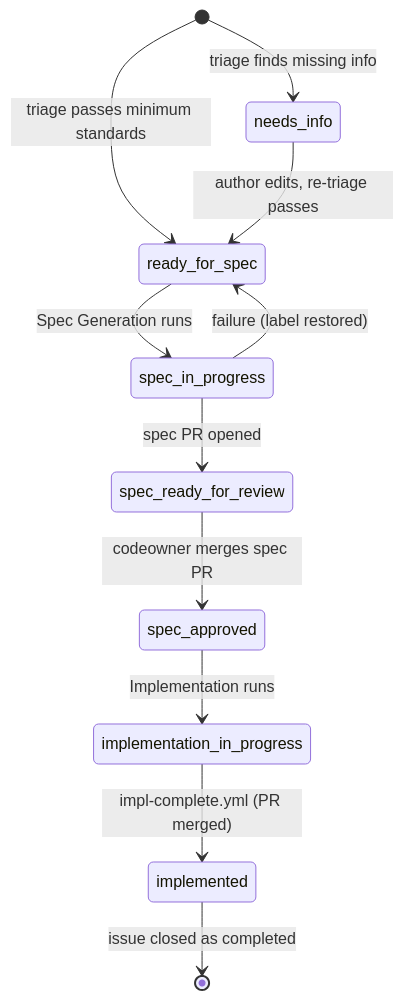
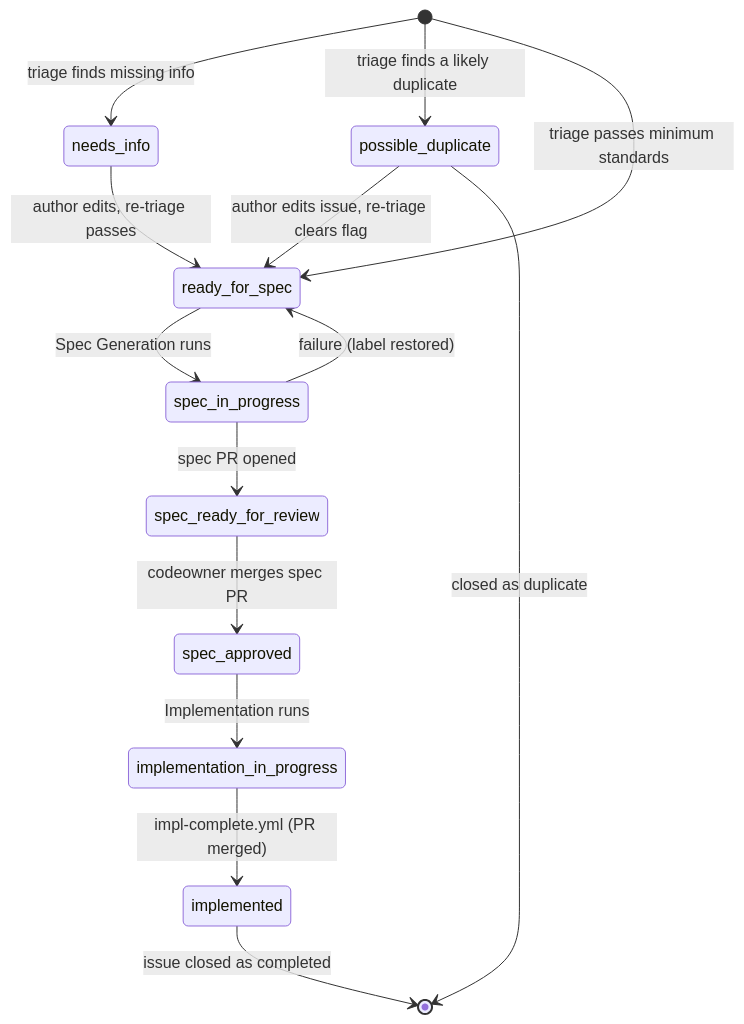
The diagram in AGENTS.md (zachreborn/terraform-modules), drawn with Mermaid before and after one commit. The commit also changed other lines of this file and 2 other files, not shown here.

````diff
--- a/AGENTS.md
+++ b/AGENTS.md
@@ -354,13 +354,16 @@
 ```mermaid
 stateDiagram-v2
     [*] --> needs_info: triage finds missing info
+    [*] --> possible_duplicate: triage finds a likely duplicate
     [*] --> ready_for_spec: triage passes minimum standards
     needs_info --> ready_for_spec: author edits, re-triage passes
+    possible_duplicate --> ready_for_spec: author edits issue, re-triage clears flag
+    possible_duplicate --> [*]: closed as duplicate
     ready_for_spec --> spec_in_progress: Spec Generation runs
     spec_in_progress --> spec_ready_for_review: spec PR opened
     spec_in_progress --> ready_for_spec: failure (label restored)
     spec_ready_for_review --> spec_approved: codeowner merges spec PR
     spec_approved --> implementation_in_progress: Implementation runs
     implementation_in_progress --> implemented: impl-complete.yml (PR merged)
     implemented --> [*]: issue closed as completed
 ```
````
